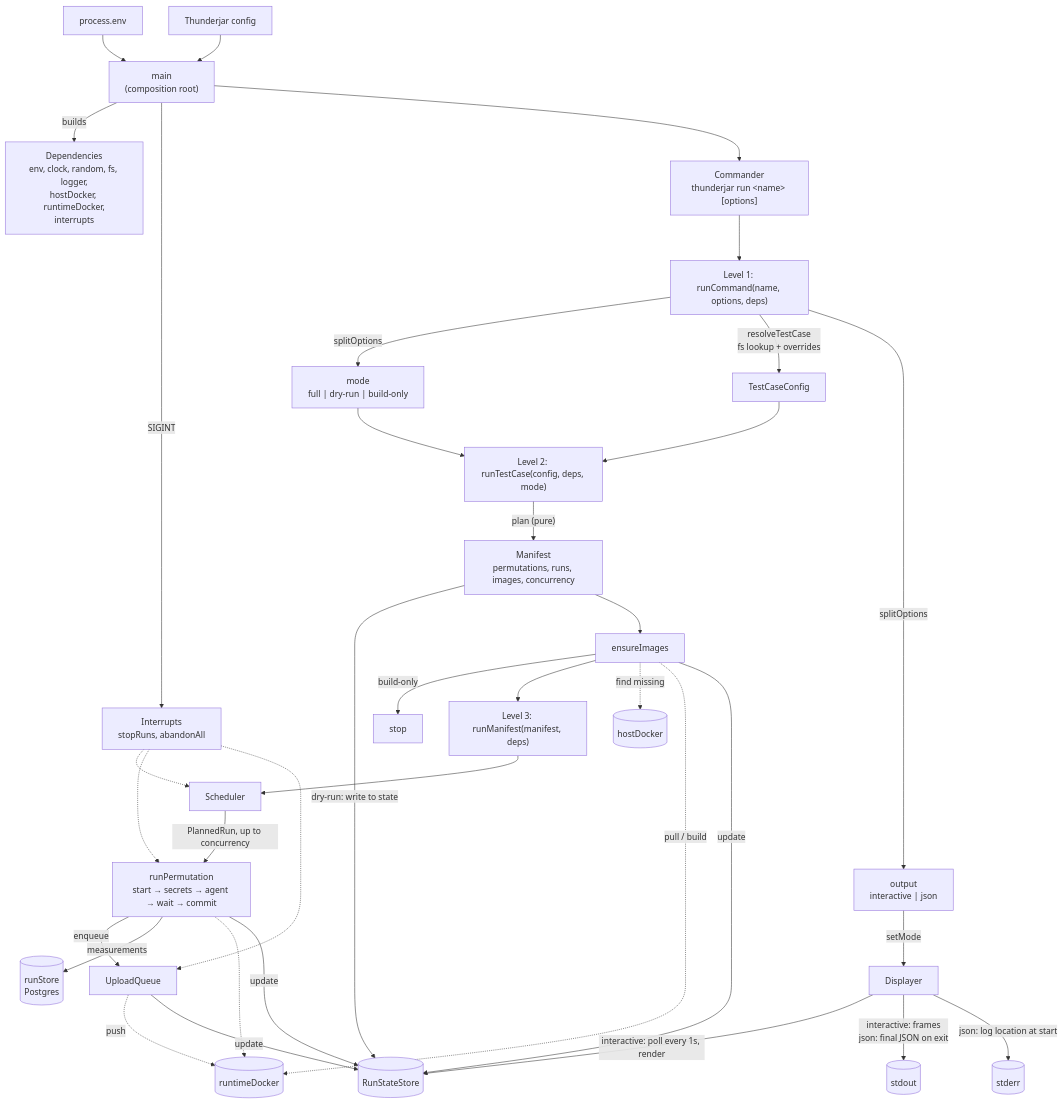
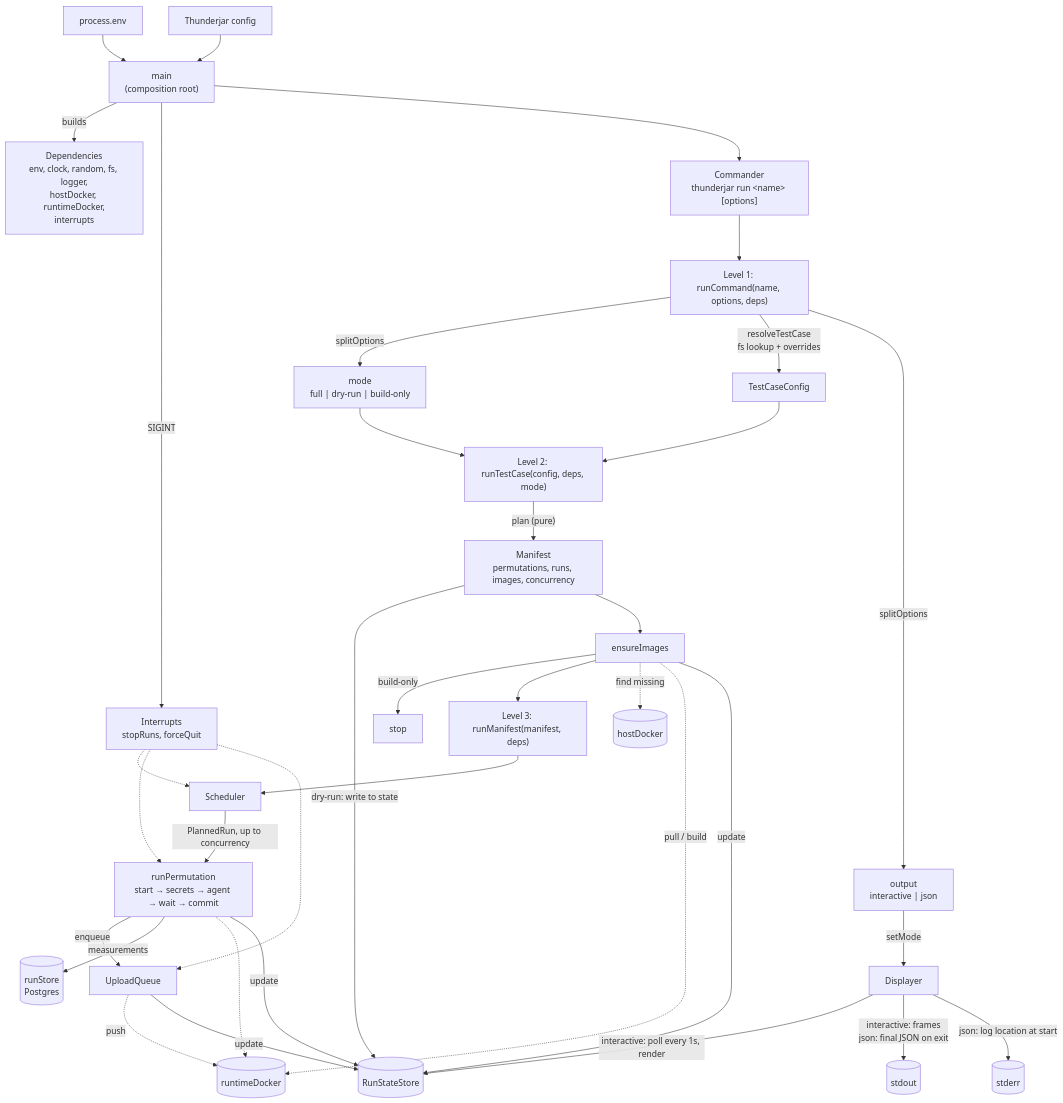
The first of 3 diagrams in project-md/human-safe-space/refactor-work/architecture-plan.md (dwjohnston/thunderjar), drawn with Mermaid before and after one commit. The commit also changed other lines of this file, not shown here.

First line of the commit message:
📝 Architecture plan: rename abandonAll to forceQuit

````diff
--- a/project-md/human-safe-space/refactor-work/architecture-plan.md
+++ b/project-md/human-safe-space/refactor-work/architecture-plan.md
@@ -7,42 +7,42 @@
 ```mermaid
 flowchart TD
   env["process.env"] --> main
   tjconfig["Thunderjar config"] --> main
   main["main<br/>(composition root)"] -->|"builds"| deps["Dependencies<br/>env, clock, random, fs, logger,<br/>hostDocker, runtimeDocker,<br/>interrupts"]
-  main -->|"SIGINT"| intr["Interrupts<br/>stopRuns, abandonAll"]
+  main -->|"SIGINT"| intr["Interrupts<br/>stopRuns, forceQuit"]
   intr -.-> sched
   intr -.-> perm
   intr -.-> uq
   main --> cli["Commander<br/>thunderjar run &lt;name&gt; [options]"]
 
   cli --> L1["Level 1: runCommand(name, options, deps)"]
   L1 -->|"splitOptions"| mode["mode<br/>full | dry-run | build-only"]
   L1 -->|"resolveTestCase<br/>fs lookup + overrides"| cfg["TestCaseConfig"]
 
   cfg --> L2["Level 2: runTestCase(config, deps, mode)"]
   mode --> L2
   L2 -->|"plan (pure)"| manifest["Manifest<br/>permutations, runs, images, concurrency"]
   manifest -->|"dry-run: write to state"| state
   manifest --> ensure["ensureImages"]
   ensure -->|"build-only"| stop["stop"]
   ensure --> L3["Level 3: runManifest(manifest, deps)"]
 
   L3 --> sched["Scheduler"]
   sched -->|"PlannedRun, up to concurrency"| perm["runPermutation<br/>start → secrets → agent → wait → commit"]
   perm -->|"enqueue"| uq["UploadQueue"]
   perm -->|"measurements"| runstore[("runStore<br/>Postgres")]
 
   ensure -. "find missing" .-> host[("hostDocker")]
   ensure -. "pull / build" .-> rt[("runtimeDocker")]
   perm -.-> rt
   uq -. "push" .-> rt
 
   L1 -->|"splitOptions"| output["output<br/>interactive | json"]
   output -->|"setMode"| disp["Displayer"]
   ensure -->|"update"| state[("RunStateStore")]
   perm -->|"update"| state
   uq -->|"update"| state
   disp -->|"interactive: poll every 1s, render"| state
   disp -->|"interactive: frames<br/>json: final JSON on exit"| stdout[("stdout")]
   disp -->|"json: log location at start"| stderr[("stderr")]
 ```
````
